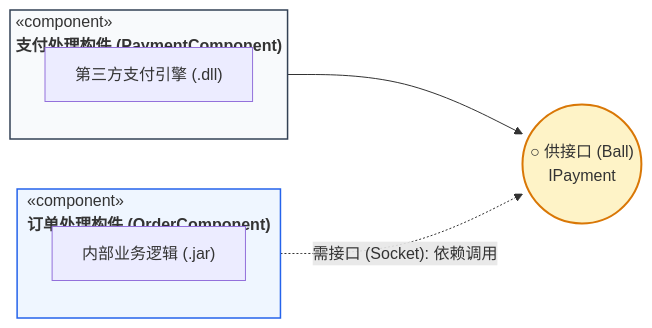
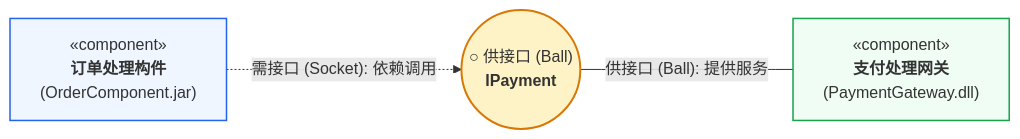
The tenth of 11 diagrams in 02-visual-diagrams/02-UML核心建模图谱与设计视图全景图解.md (cpsa3/software-designer-fast-pass), drawn with Mermaid before and after one commit.

Commit message:
refactor(mermaid): redesign component diagram with clean 3-node assembly line layout

````diff
--- a/02-visual-diagrams/02-UML核心建模图谱与设计视图全景图解.md
+++ b/02-visual-diagrams/02-UML核心建模图谱与设计视图全景图解.md
@@ -337,19 +337,13 @@
 ```mermaid
 flowchart LR
-    subgraph C1["«component»<br><b>订单处理构件 (OrderComponent)</b>"]
-        C1_Code["内部业务逻辑 (.jar)"]
-    end
+    C1["«component»<br><b>订单处理构件</b><br>(OrderComponent.jar)"]
+    IPay(("○ 供接口 (Ball)<br><b>IPayment</b>"))
+    C2["«component»<br><b>支付处理网关</b><br>(PaymentGateway.dll)"]
 
-    subgraph C2["«component»<br><b>支付处理构件 (PaymentComponent)</b>"]
-        C2_Code["第三方支付引擎 (.dll)"]
-    end
-
-    I_Pay(("○ 供接口 (Ball)<br>IPayment"))
-
-    C2 --> I_Pay
-    C1 -.->|"需接口 (Socket): 依赖调用"| I_Pay
+    C1 -.->|"需接口 (Socket): 依赖调用"| IPay
+    IPay ---|"供接口 (Ball): 提供服务"| C2
 
     style C1 fill:#eff6ff,stroke:#2563eb,stroke-width:1.5px
-    style C2 fill:#f8fafc,stroke:#334155,stroke-width:1.5px
-    style I_Pay fill:#fef3c7,stroke:#d97706,stroke-width:2px
+    style C2 fill:#f0fdf4,stroke:#16a34a,stroke-width:1.5px
+    style IPay fill:#fef3c7,stroke:#d97706,stroke-width:2px
 ```
````
